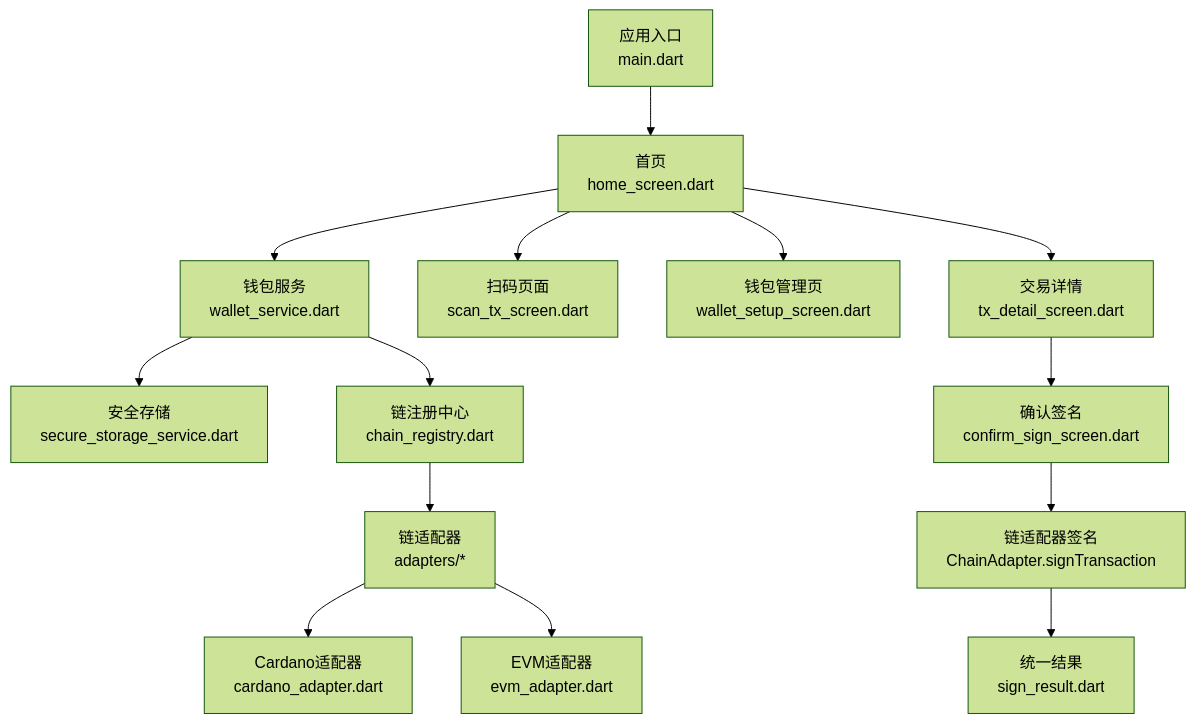
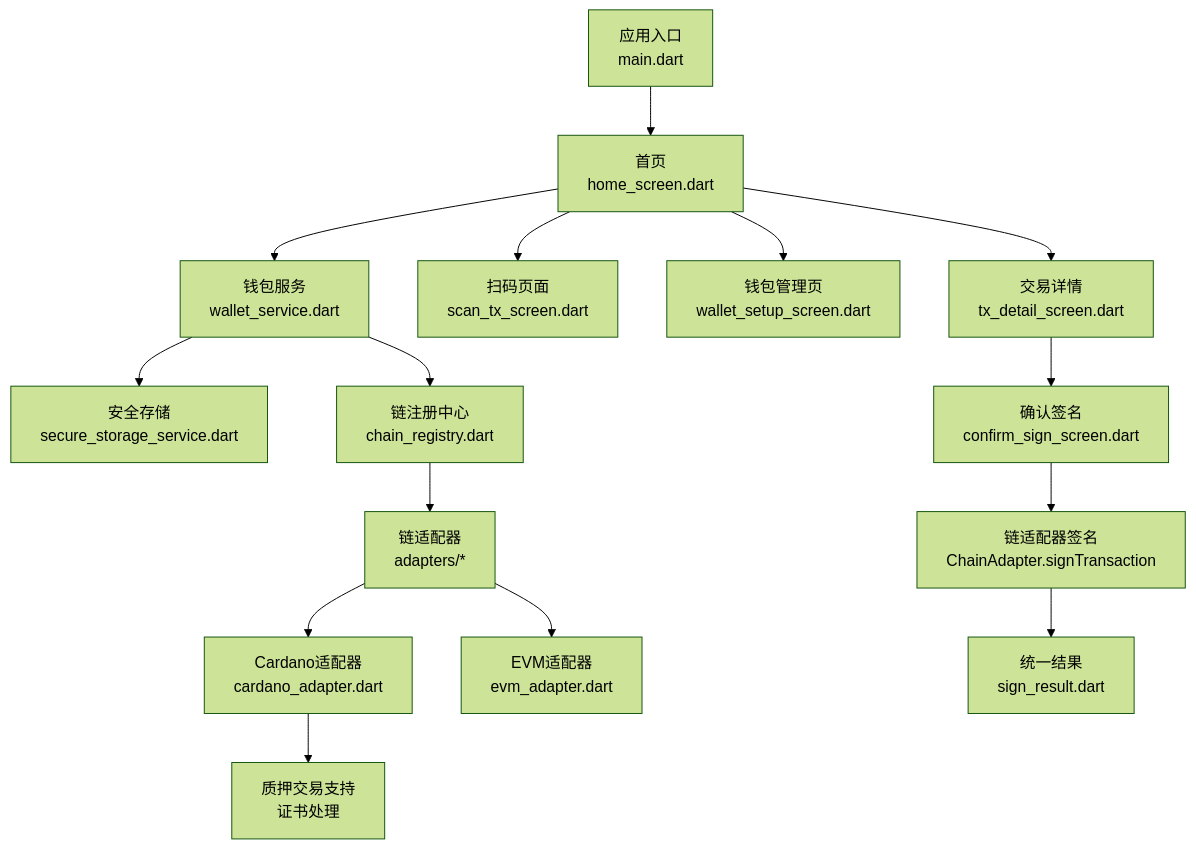
The first of 4 diagrams in .qoder/repowiki/zh/content/用户界面/冷钱包App界面/首页界面.md (EqualToEthan/stasis), drawn with Mermaid (forest theme) before and after one commit. The commit also changed other lines of this file and 60 other files, not shown here.

````diff
--- a/.qoder/repowiki/zh/content/用户界面/冷钱包App界面/首页界面.md
+++ b/.qoder/repowiki/zh/content/用户界面/冷钱包App界面/首页界面.md
@@ -63,16 +68,17 @@
 ```mermaid
 graph TB
 A["应用入口<br/>main.dart"] --> B["首页<br/>home_screen.dart"]
 B --> C["钱包服务<br/>wallet_service.dart"]
 C --> D["安全存储<br/>secure_storage_service.dart"]
 C --> E["链注册中心<br/>chain_registry.dart"]
 E --> F["链适配器<br/>adapters/*"]
 F --> G["Cardano适配器<br/>cardano_adapter.dart"]
 F --> H["EVM适配器<br/>evm_adapter.dart"]
 B --> I["扫码页面<br/>scan_tx_screen.dart"]
 B --> J["钱包管理页<br/>wallet_setup_screen.dart"]
 B --> K["交易详情<br/>tx_detail_screen.dart"]
 K --> L["确认签名<br/>confirm_sign_screen.dart"]
 L --> M["链适配器签名<br/>ChainAdapter.signTransaction"]
 M --> N["统一结果<br/>sign_result.dart"]
+G --> O["质押交易支持<br/>证书处理"]
 ```
````
